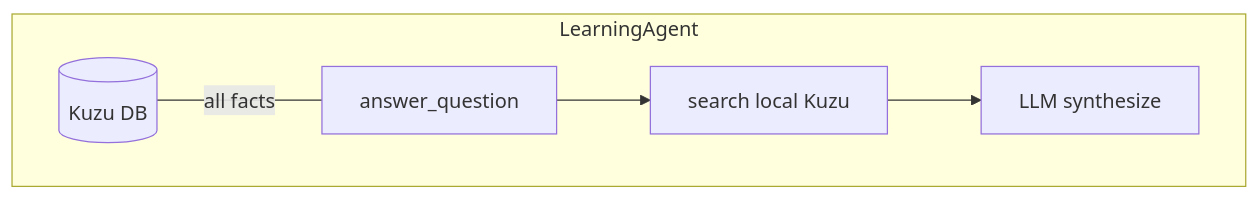
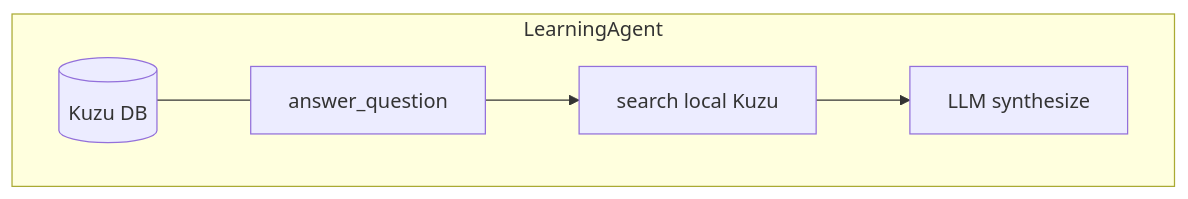
Before and after one commit to rysweet/amplihack: the first of 13 diagrams in docs/hive_mind/ARCHITECTURE.md, drawn with Mermaid. The commit also changed other lines of this file and 2 other files, not shown here.

````diff
--- a/docs/hive_mind/ARCHITECTURE.md
+++ b/docs/hive_mind/ARCHITECTURE.md
@@ -11,8 +13,8 @@
 ```mermaid
 graph TD
     subgraph LearningAgent
-        KuzuDB[(Kuzu DB)] --- |all facts| Ops
-        Ops[answer_question] --> Search[search local Kuzu]
+        KuzuDB[(Kuzu DB)] --- Ops[answer_question]
+        Ops --> Search[search local Kuzu]
         Search --> Synth[LLM synthesize]
     end
 ```
````
